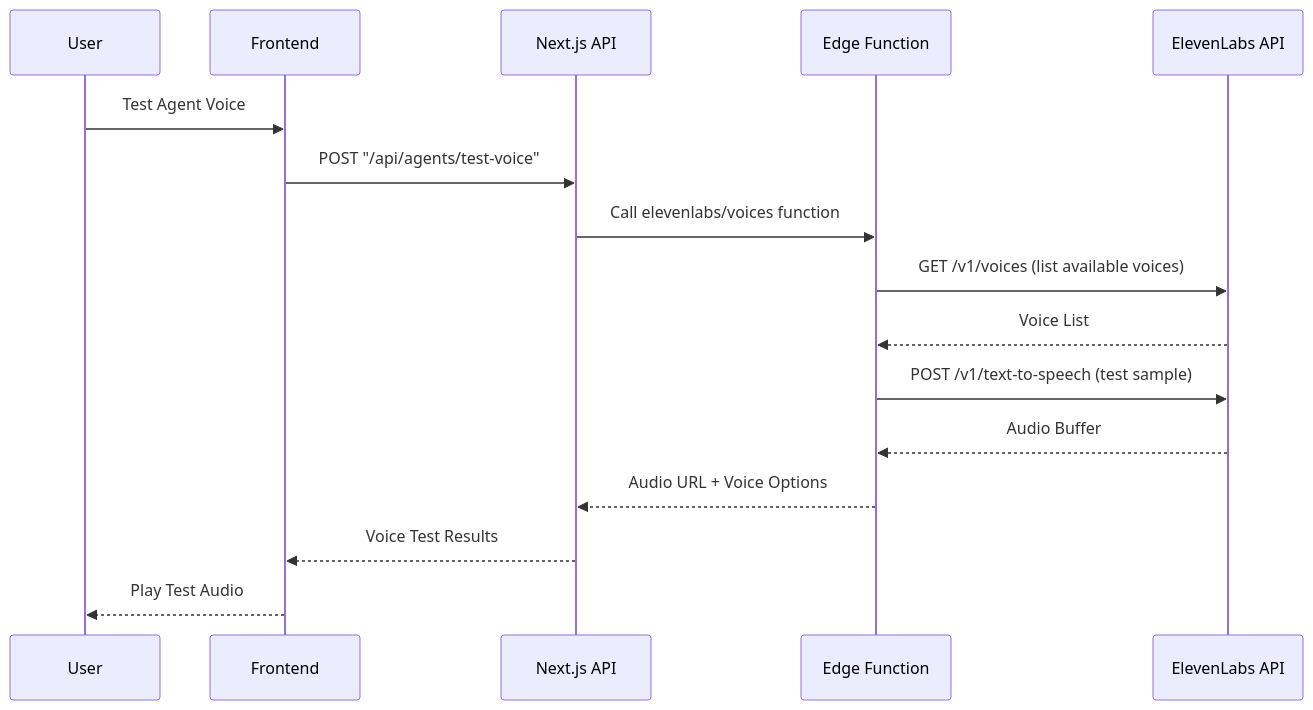
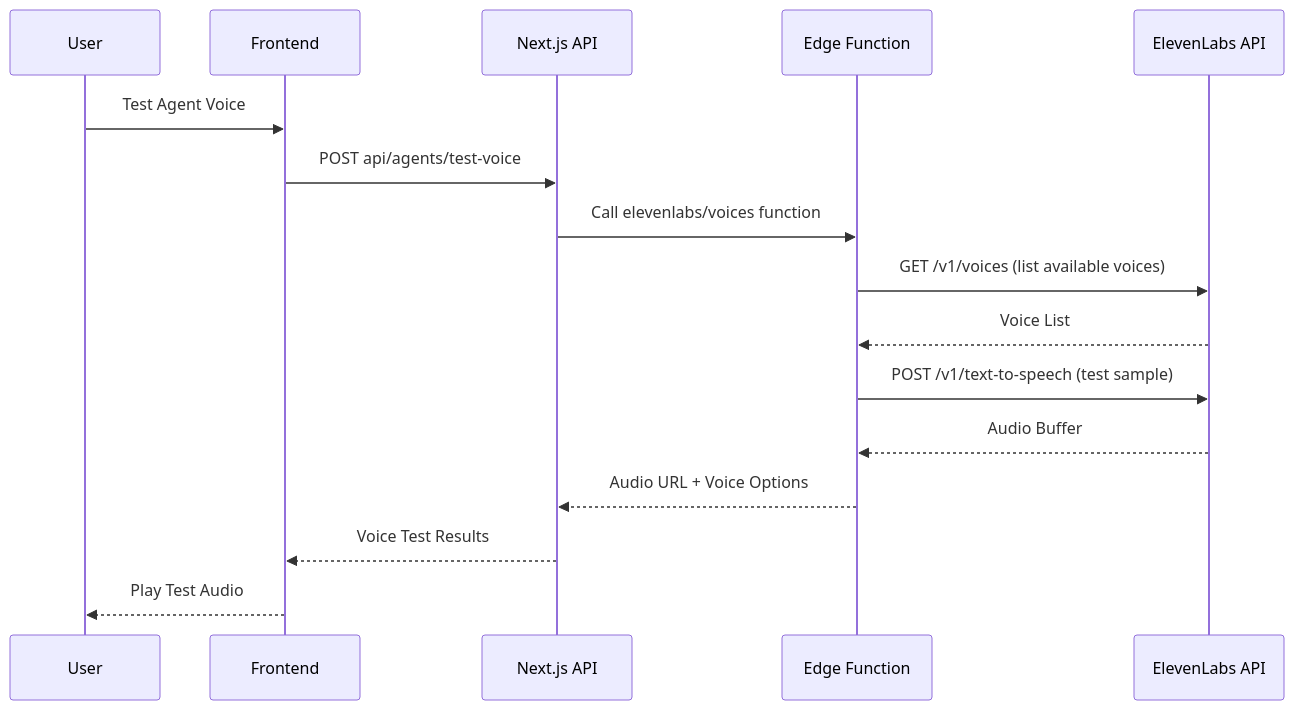
Before and after one commit to callhenk/henk: the second of 11 diagrams in docs/elevenlabs-architecture.md, drawn with Mermaid. The commit also changed other lines of this file and 1 other file, not shown here.

First line of the commit message:
Update ElevenLabs integration documentation to reflect API route changes and simplified architecture

````diff
--- a/docs/elevenlabs-architecture.md
+++ b/docs/elevenlabs-architecture.md
@@ -79,19 +79,19 @@
 ```mermaid
 sequenceDiagram
     participant U as User
     participant F as Frontend
     participant N as Next.js API
     participant E as Edge Function
     participant EL as ElevenLabs API
 
     U->>F: Test Agent Voice
-    F->>N: POST "/api/agents/test-voice"
+    F->>N: POST api/agents/test-voice
     N->>E: Call elevenlabs/voices function
     E->>EL: GET /v1/voices (list available voices)
     EL-->>E: Voice List
     E->>EL: POST /v1/text-to-speech (test sample)
     EL-->>E: Audio Buffer
     E-->>N: Audio URL + Voice Options
     N-->>F: Voice Test Results
     F-->>U: Play Test Audio
 ```
````
